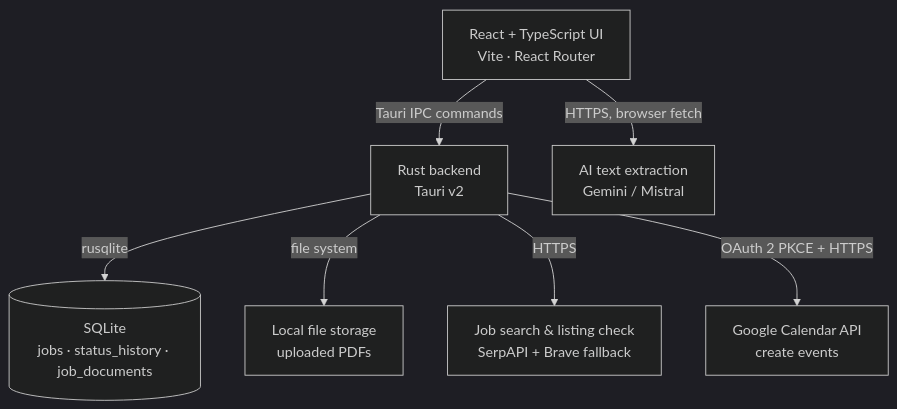
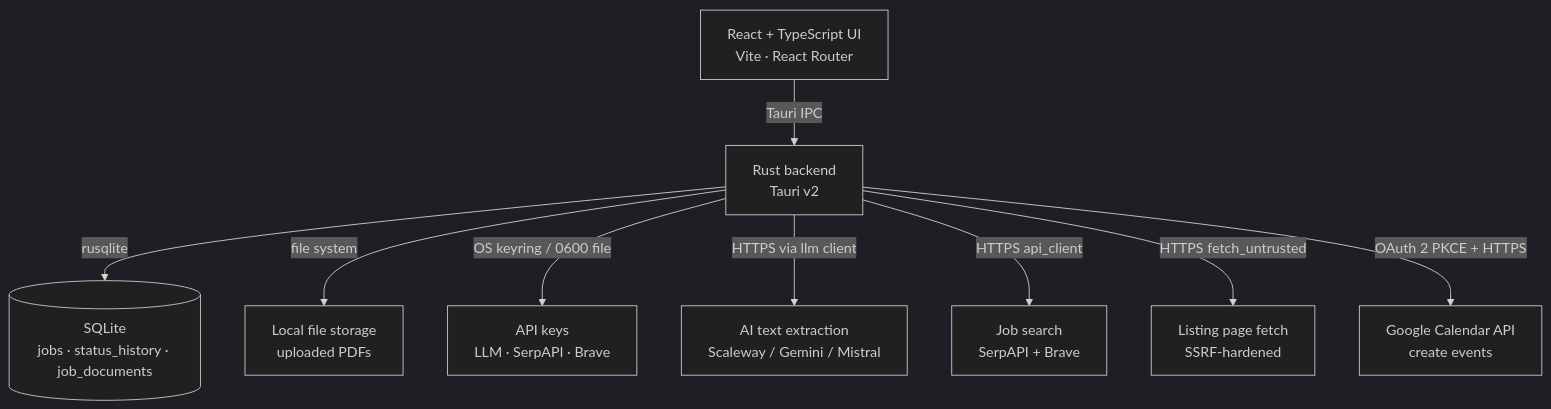
One commit to eikrad/Job-Tracker changed the first of 7 diagrams in docs/architecture.md. Above: the diagram before and after it, drawn with Mermaid (dark theme). The commit also changed other lines of this file and 7 other files, not shown here.

First line of the commit message:
docs: document keyring secrets, Rust LLM, and HTTP helpers

````diff
--- a/docs/architecture.md
+++ b/docs/architecture.md
@@ -11,9 +11,11 @@
 ```mermaid
 graph TD
-    UI[React + TypeScript UI<br>Vite · React Router] -->|Tauri IPC commands| RUST[Rust backend<br>Tauri v2]
+    UI[React + TypeScript UI<br>Vite · React Router] -->|Tauri IPC| RUST[Rust backend<br>Tauri v2]
     RUST -->|rusqlite| DB[(SQLite<br>jobs · status_history · job_documents)]
     RUST -->|file system| FILES[Local file storage<br>uploaded PDFs]
-    UI -->|HTTPS, browser fetch| AI[AI text extraction<br>Gemini / Mistral]
-    RUST -->|HTTPS| SEARCH[Job search & listing check<br>SerpAPI + Brave fallback]
+    RUST -->|OS keyring / 0600 file| KEYS[API keys<br>LLM · SerpAPI · Brave]
+    RUST -->|HTTPS via llm client| AI[AI text extraction<br>Scaleway / Gemini / Mistral]
+    RUST -->|HTTPS api_client| SEARCH[Job search<br>SerpAPI + Brave]
+    RUST -->|HTTPS fetch_untrusted| LIST[Listing page fetch<br>SSRF-hardened]
     RUST -->|OAuth 2 PKCE + HTTPS| GCAL[Google Calendar API<br>create events]
 ```
````
